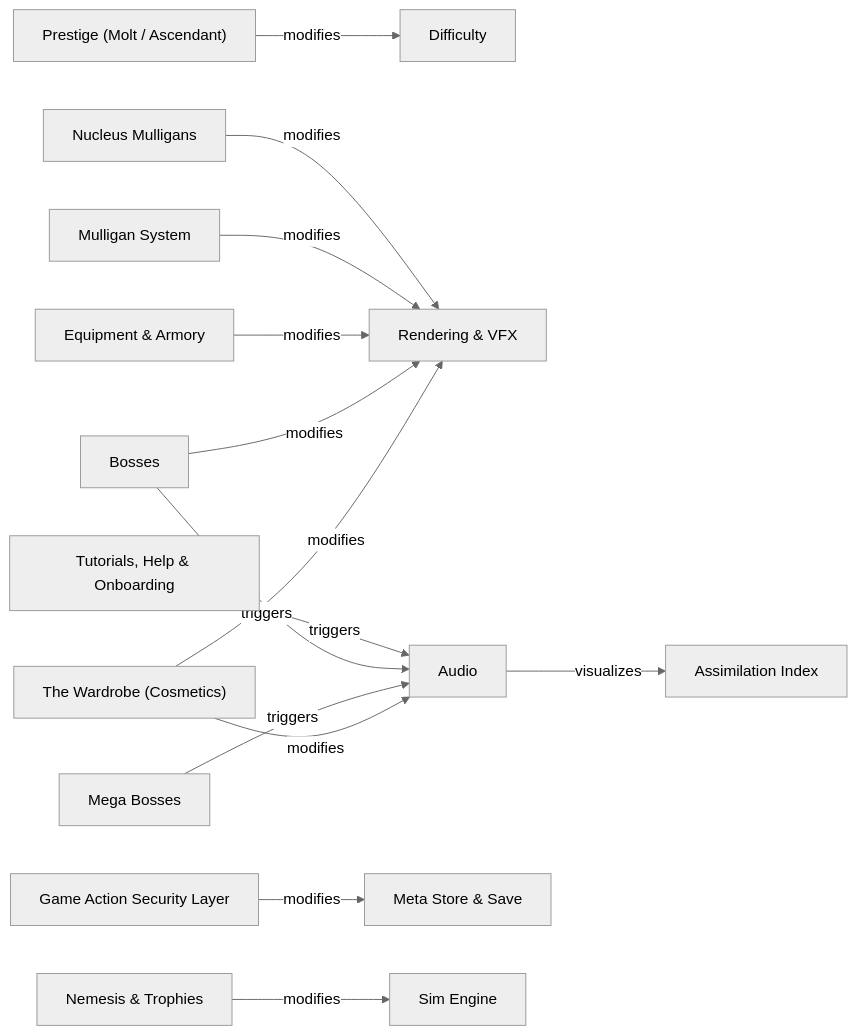
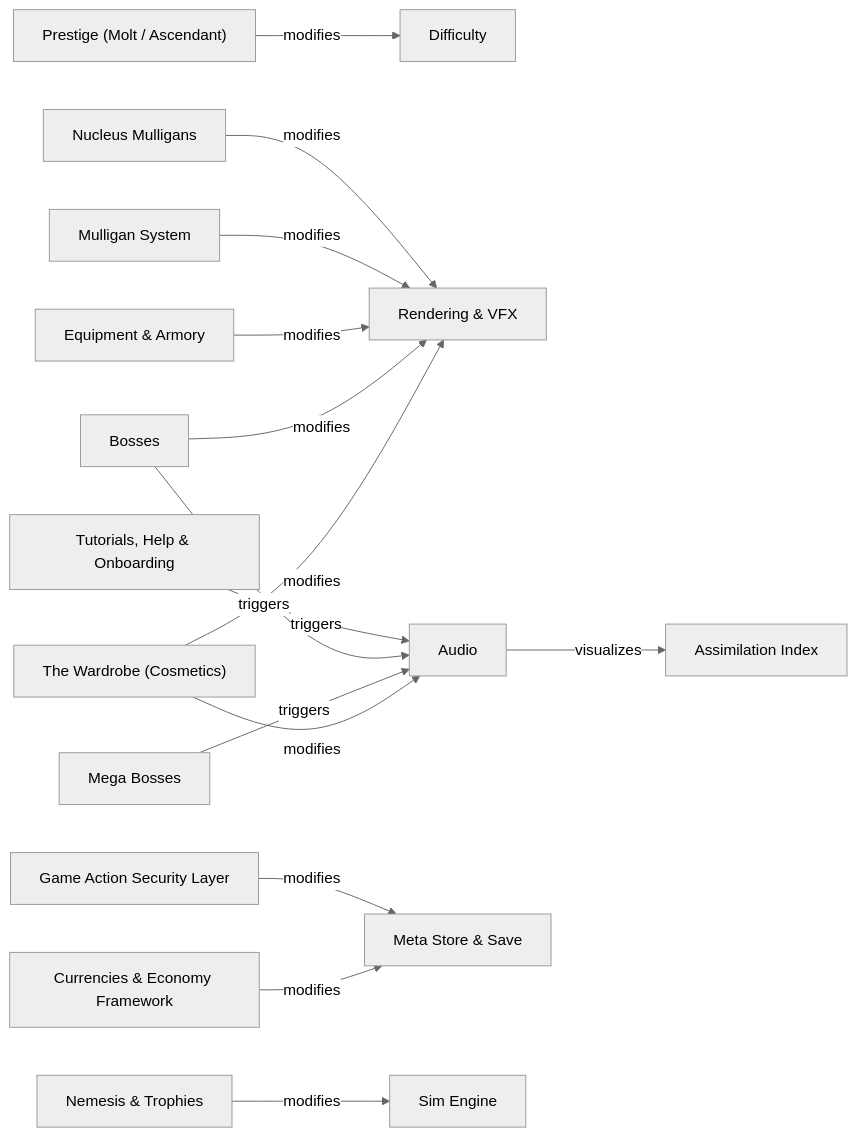
Before and after one commit to jathanalston-ship-it/TowerDefenseGame: the fourth of 4 diagrams in docs/DIL_GRAPH.md, drawn with Mermaid (neutral theme). The commit also changed other lines of this file and 20 other files, not shown here.

````diff
--- a/docs/DIL_GRAPH.md
+++ b/docs/DIL_GRAPH.md
@@ -454,16 +455,17 @@
 ```mermaid
 graph LR
   system_prestige["Prestige (Molt / Ascendant)"] -->|modifies| system_difficulty["Difficulty"]
   system_nucleus["Nucleus Mulligans"] -->|modifies| system_rendering["Rendering & VFX"]
   system_audio["Audio"] -->|visualizes| system_assimilation["Assimilation Index"]
   system_mulligans["Mulligan System"] -->|modifies| system_rendering["Rendering & VFX"]
   system_equipment["Equipment & Armory"] -->|modifies| system_rendering["Rendering & VFX"]
   system_onboarding["Tutorials, Help & Onboarding"] -->|triggers| system_audio["Audio"]
   system_bosses["Bosses"] -->|triggers| system_audio["Audio"]
   system_bosses["Bosses"] -->|modifies| system_rendering["Rendering & VFX"]
   system_mega_bosses["Mega Bosses"] -->|triggers| system_audio["Audio"]
   system_security["Game Action Security Layer"] -->|modifies| system_meta_store["Meta Store & Save"]
   system_cosmetics["The Wardrobe (Cosmetics)"] -->|modifies| system_audio["Audio"]
   system_cosmetics["The Wardrobe (Cosmetics)"] -->|modifies| system_rendering["Rendering & VFX"]
+  system_currencies["Currencies & Economy Framework"] -->|modifies| system_meta_store["Meta Store & Save"]
   system_nemesis["Nemesis & Trophies"] -->|modifies| system_engine["Sim Engine"]
 ```
````
